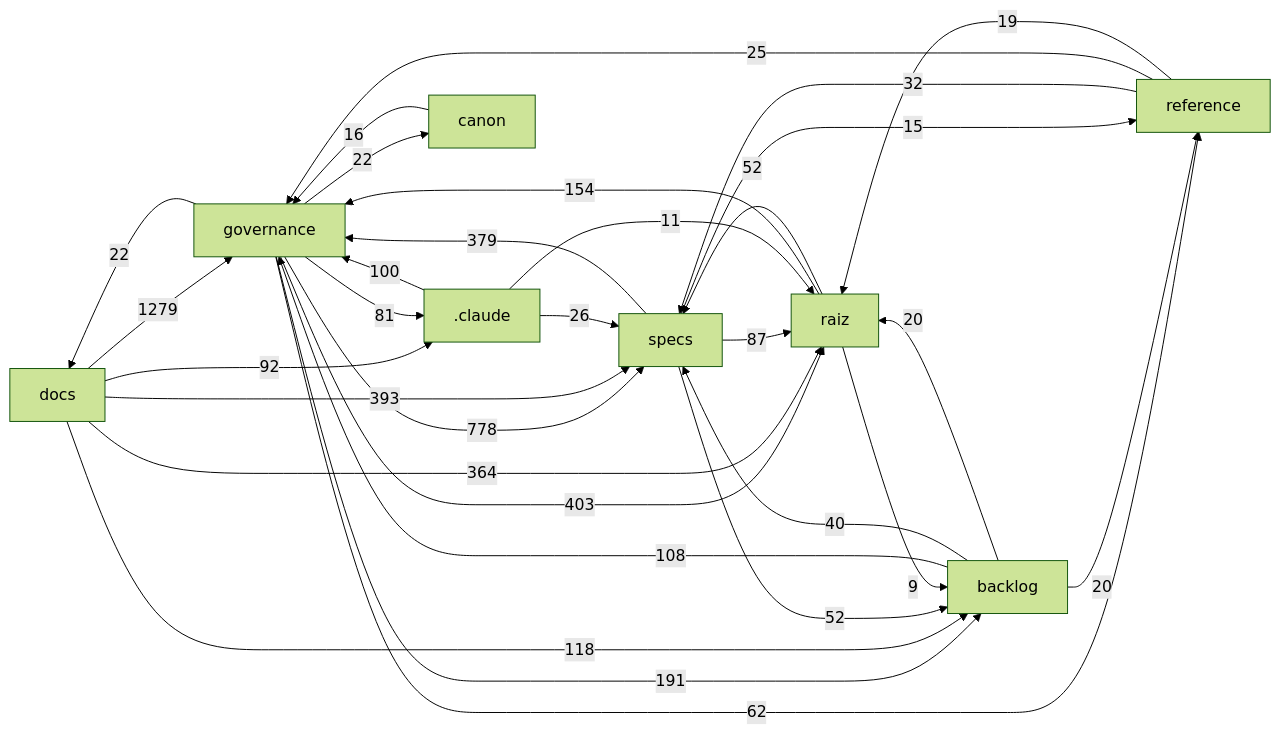
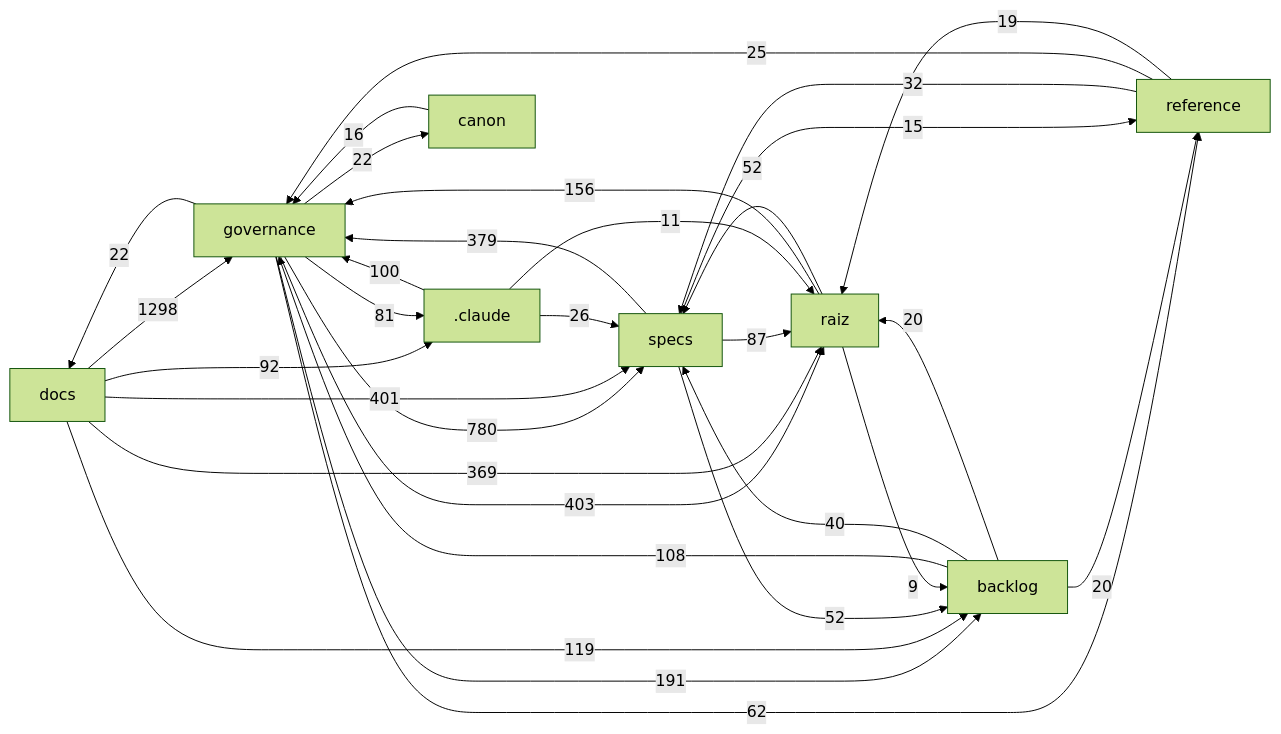
One commit to Andraus35/Sistema-Operacional-de-Trading--SOT changed the diagram in docs/mapa/MAPA-PROJETO.md. Above: the diagram before and after it, drawn with Mermaid (forest theme). The commit also changed other lines of this file and 9 other files, not shown here.

````diff
--- a/docs/mapa/MAPA-PROJETO.md
+++ b/docs/mapa/MAPA-PROJETO.md
@@ -29,33 +29,33 @@
 ```mermaid
 flowchart LR
-  docs["docs"] -->|1279| governance["governance"]
-  governance["governance"] -->|778| specs["specs"]
+  docs["docs"] -->|1298| governance["governance"]
+  governance["governance"] -->|780| specs["specs"]
   governance["governance"] -->|403| raiz["raiz"]
-  docs["docs"] -->|393| specs["specs"]
+  docs["docs"] -->|401| specs["specs"]
   specs["specs"] -->|379| governance["governance"]
-  docs["docs"] -->|364| raiz["raiz"]
+  docs["docs"] -->|369| raiz["raiz"]
   governance["governance"] -->|191| backlog["backlog"]
-  raiz["raiz"] -->|154| governance["governance"]
-  docs["docs"] -->|118| backlog["backlog"]
+  raiz["raiz"] -->|156| governance["governance"]
+  docs["docs"] -->|119| backlog["backlog"]
   backlog["backlog"] -->|108| governance["governance"]
   _claude[".claude"] -->|100| governance["governance"]
   docs["docs"] -->|92| _claude[".claude"]
   specs["specs"] -->|87| raiz["raiz"]
   governance["governance"] -->|81| _claude[".claude"]
   governance["governance"] -->|62| reference["reference"]
   raiz["raiz"] -->|52| specs["specs"]
   specs["specs"] -->|52| backlog["backlog"]
   backlog["backlog"] -->|40| specs["specs"]
   reference["reference"] -->|32| specs["specs"]
   _claude[".claude"] -->|26| specs["specs"]
   reference["reference"] -->|25| governance["governance"]
   governance["governance"] -->|22| docs["docs"]
   governance["governance"] -->|22| canon["canon"]
   backlog["backlog"] -->|20| raiz["raiz"]
   backlog["backlog"] -->|20| reference["reference"]
   reference["reference"] -->|19| raiz["raiz"]
   canon["canon"] -->|16| governance["governance"]
   specs["specs"] -->|15| reference["reference"]
   _claude[".claude"] -->|11| raiz["raiz"]
   raiz["raiz"] -->|9| backlog["backlog"]
 ```
````
